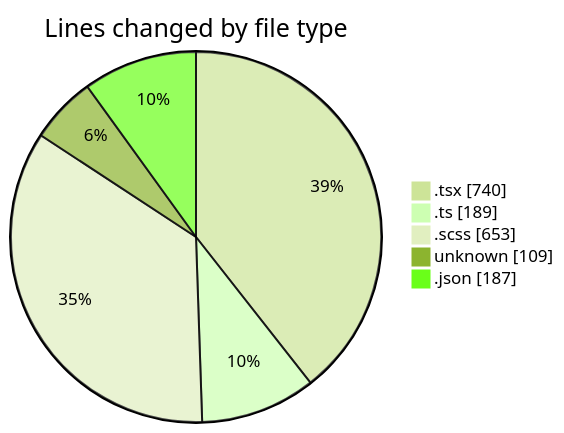
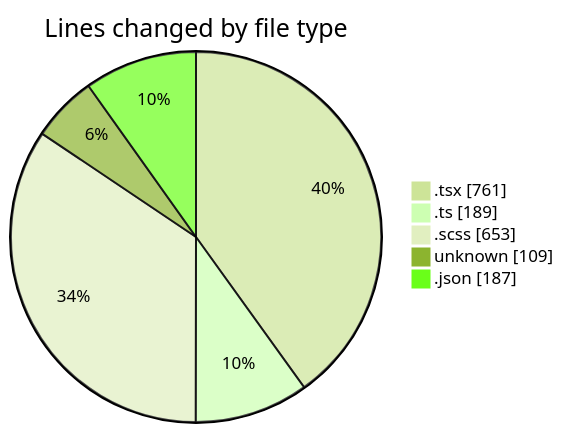
The first of 2 diagrams in 2026-04-15/cda/README.md (momahboobian/code-tracking), drawn with Mermaid (forest theme) before and after one commit. The commit also changed other lines of this file and 1 other file, not shown here.

````diff
--- a/2026-04-15/cda/README.md
+++ b/2026-04-15/cda/README.md
@@ -34,9 +34,9 @@
 ```mermaid
 pie showData
 title Lines changed by file type
-".tsx" : 740
+".tsx" : 761
 ".ts" : 189
 ".scss" : 653
 "unknown" : 109
 ".json" : 187
 ```
````
